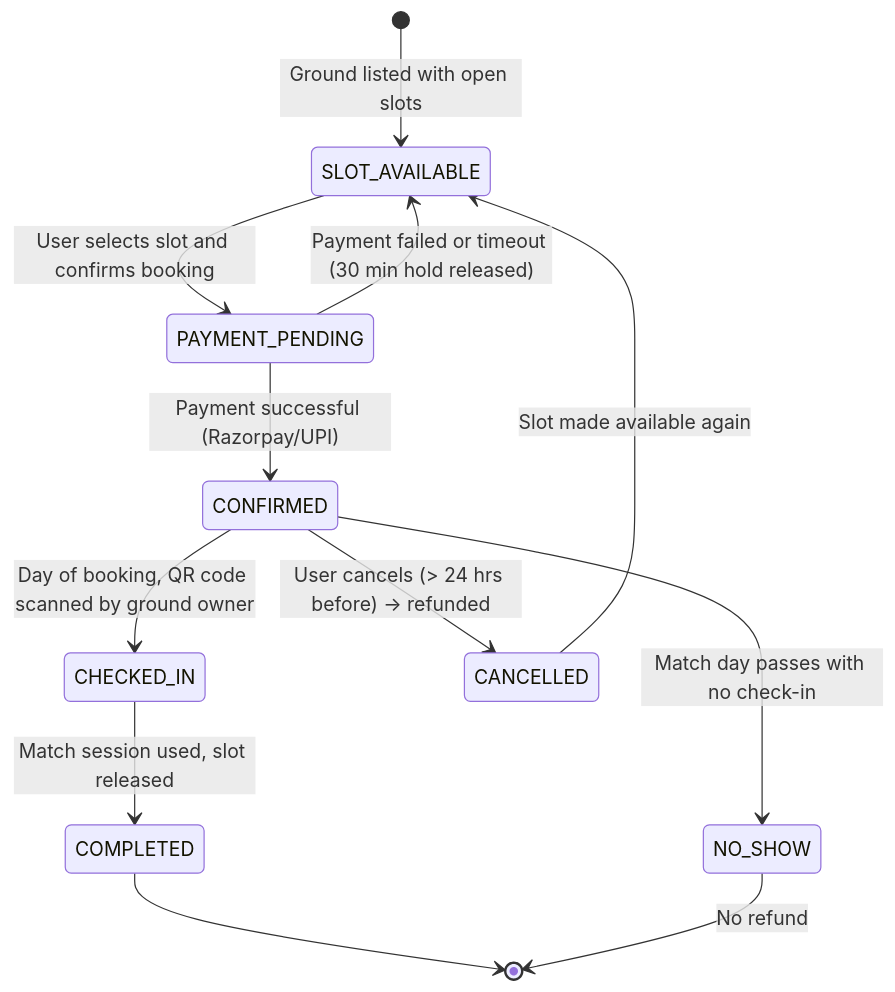
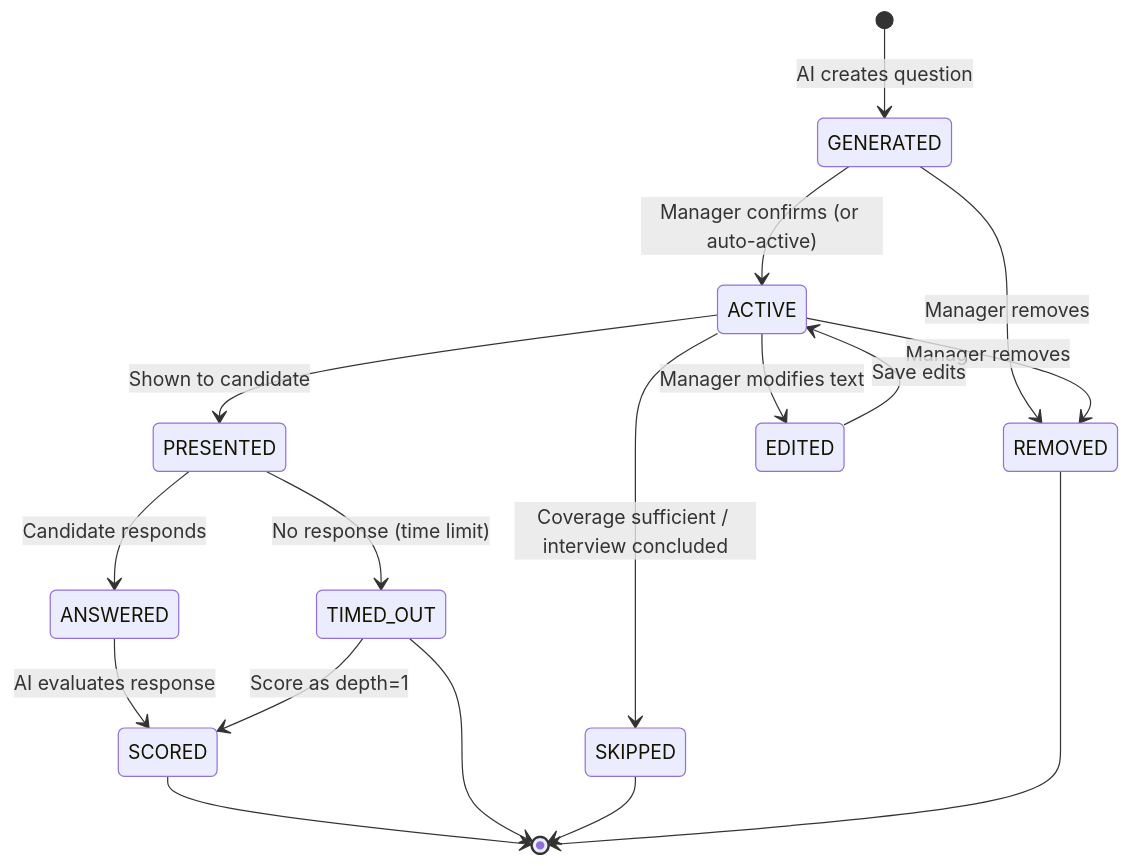
Before and after one commit to adityasinghz/kata: the second of 5 diagrams in STATE_DIAGRAM.md, drawn with Mermaid. The commit also changed other lines of this file and 20 other files, not shown here.

````diff
--- a/STATE_DIAGRAM.md
+++ b/STATE_DIAGRAM.md
@@ -70,17 +61,25 @@
 ```mermaid
 stateDiagram-v2
-    [*] --> SLOT_AVAILABLE : Ground listed with open slots
+    [*] --> GENERATED: AI creates question
 
-    SLOT_AVAILABLE --> PAYMENT_PENDING : User selects slot and confirms booking
-    PAYMENT_PENDING --> CONFIRMED : Payment successful (Razorpay/UPI)
-    PAYMENT_PENDING --> SLOT_AVAILABLE : Payment failed or timeout (30 min hold released)
+    GENERATED --> ACTIVE: Manager confirms (or auto-active)
+    GENERATED --> REMOVED: Manager removes
 
-    CONFIRMED --> CHECKED_IN : Day of booking, QR code scanned by ground owner
-    CONFIRMED --> CANCELLED : User cancels (> 24 hrs before) → refunded
-    CONFIRMED --> NO_SHOW : Match day passes with no check-in
+    ACTIVE --> PRESENTED: Shown to candidate
+    ACTIVE --> SKIPPED: Coverage sufficient / interview concluded
+    ACTIVE --> EDITED: Manager modifies text
+    ACTIVE --> REMOVED: Manager removes
 
-    CHECKED_IN --> COMPLETED : Match session used, slot released
-    COMPLETED --> [*]
-    CANCELLED --> SLOT_AVAILABLE : Slot made available again
-    NO_SHOW --> [*] : No refund
+    EDITED --> ACTIVE: Save edits
+
+    PRESENTED --> ANSWERED: Candidate responds
+    PRESENTED --> TIMED_OUT: No response (time limit)
+
+    ANSWERED --> SCORED: AI evaluates response
+    SCORED --> [*]
+
+    TIMED_OUT --> SCORED: Score as depth=1
+    TIMED_OUT --> [*]
+    SKIPPED --> [*]
+    REMOVED --> [*]
 ```
````
